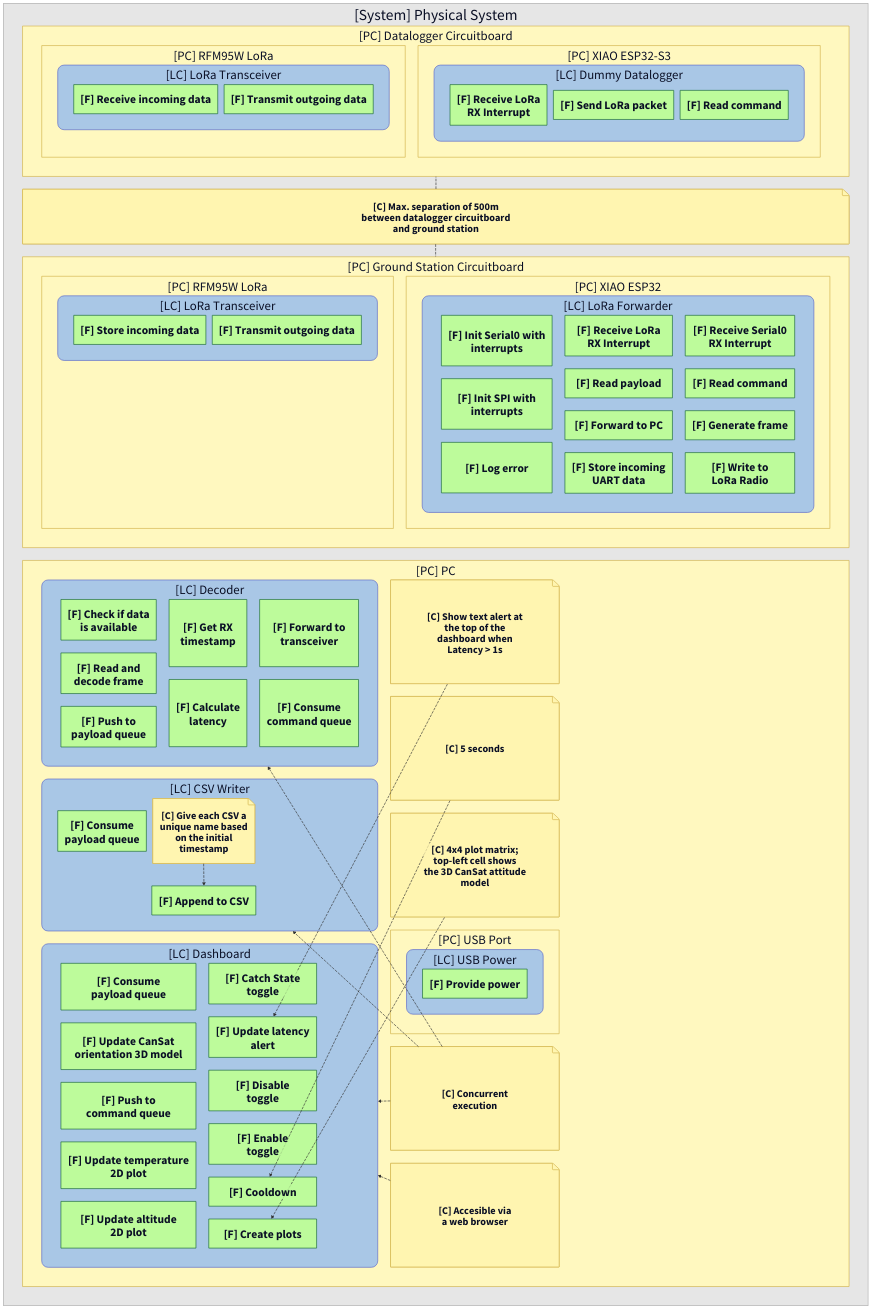
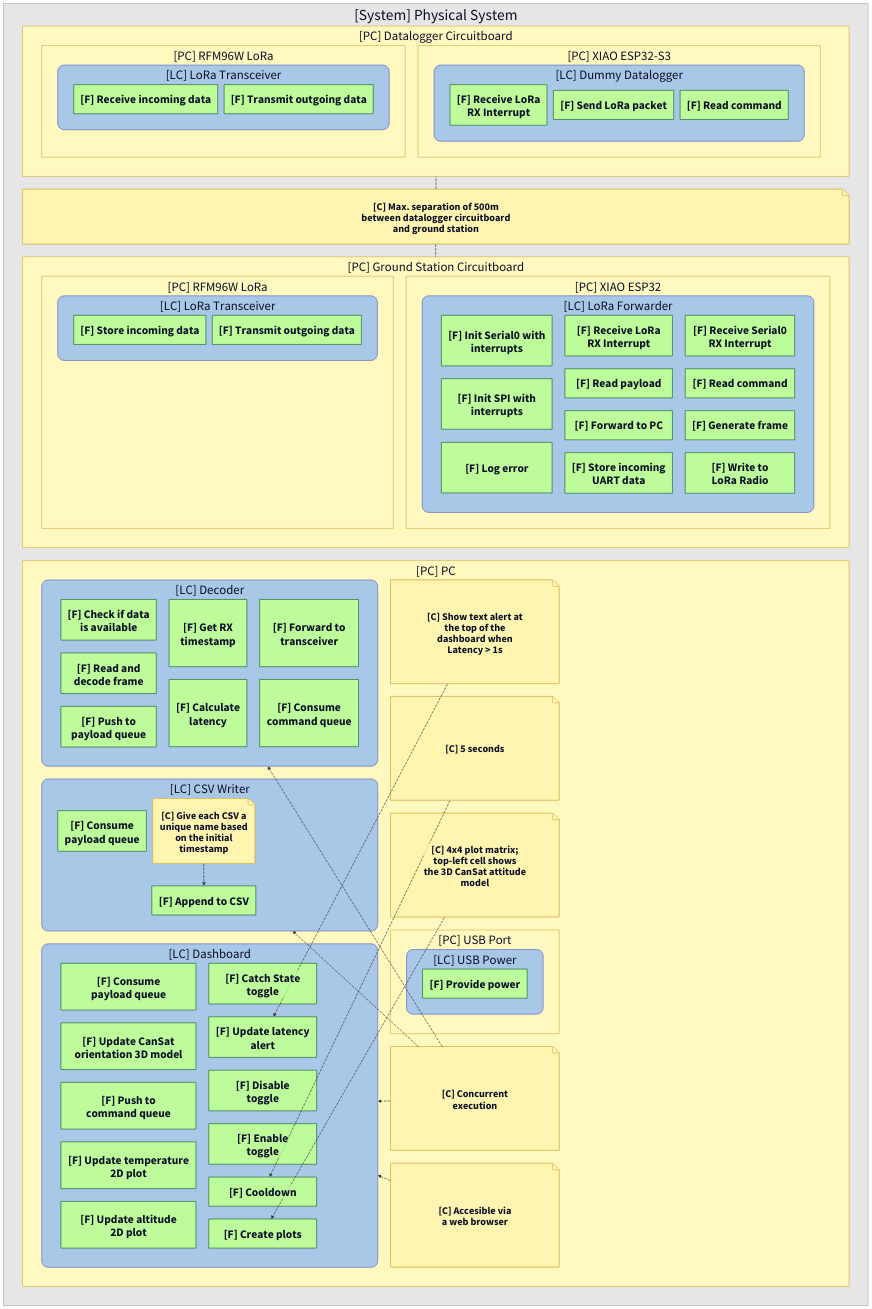
Before and after one commit to DeltaLabo/CanSatWorkshop: the diagram in DPS/MBSE/v0.1/DPS_v0.1_view3_functional_allocation.d2, drawn with D2. The commit also changed 285 other files, not shown here.

```diff
--- a/DPS/MBSE/v0.1/DPS_v0.1_view3_functional_allocation.d2
+++ b/DPS/MBSE/v0.1/DPS_v0.1_view3_functional_allocation.d2
@@ -55,7 +55,7 @@
     direction: right
     grid-columns: 2
 
-    cansat_rfm: "[PC] RFM95W LoRa" {
+    cansat_rfm: "[PC] RFM96W LoRa" {
       class: pc
       direction: down
 
@@ -91,7 +91,7 @@
     direction: right
     grid-columns: 2
 
-    ground_rfm: "[PC] RFM95W LoRa" {
+    ground_rfm: "[PC] RFM96W LoRa" {
       class: pc
       direction: down
 
```
